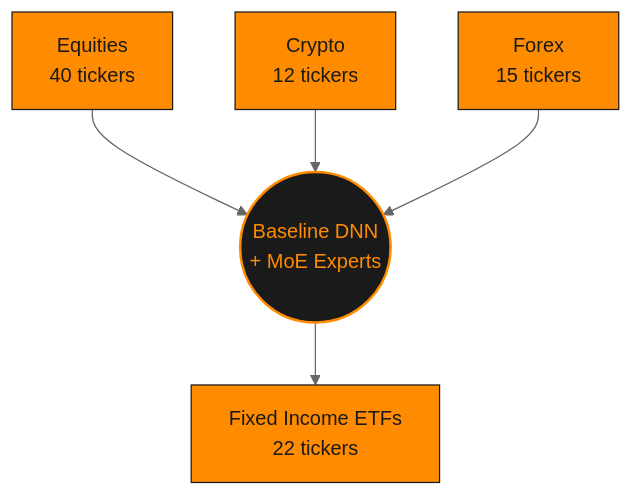
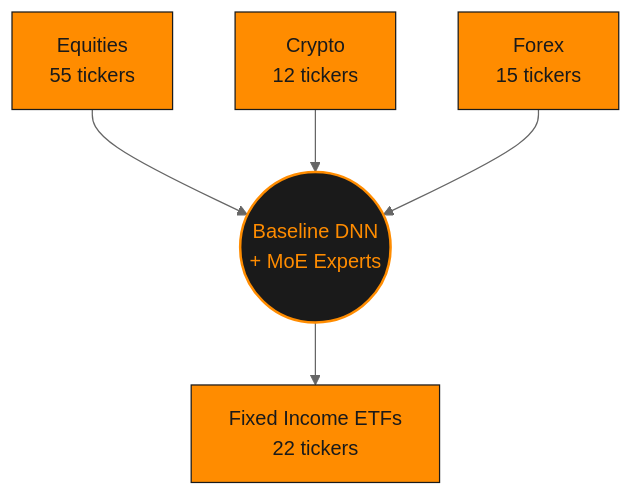
Before and after one commit to leon1706-lol/Aether-quant: the diagram in development/asset_universe.md, drawn with Mermaid (neutral theme). The commit also changed other lines of this file and 31 other files, not shown here.

````diff
--- a/development/asset_universe.md
+++ b/development/asset_universe.md
@@ -161,13 +184,13 @@
 ```mermaid
 flowchart TD
-    Equities["Equities<br/>40 tickers"] --> DNN
+    Equities["Equities<br/>55 tickers"] --> DNN
     Crypto["Crypto<br/>12 tickers"] --> DNN
     Forex["Forex<br/>15 tickers"] --> DNN
     DNN(("Baseline DNN<br/>+ MoE Experts")) --> FixedIncome["Fixed Income ETFs<br/>22 tickers"]
 
     classDef hub fill:#1A1A1A,stroke:#FF8C00,color:#FF8C00,stroke-width:2px;
     classDef group fill:#FF8C00,stroke:#1A1A1A,color:#1A1A1A,stroke-width:1px;
 
     class DNN hub;
     class Equities,Crypto,Forex,FixedIncome group;
 ```
````
